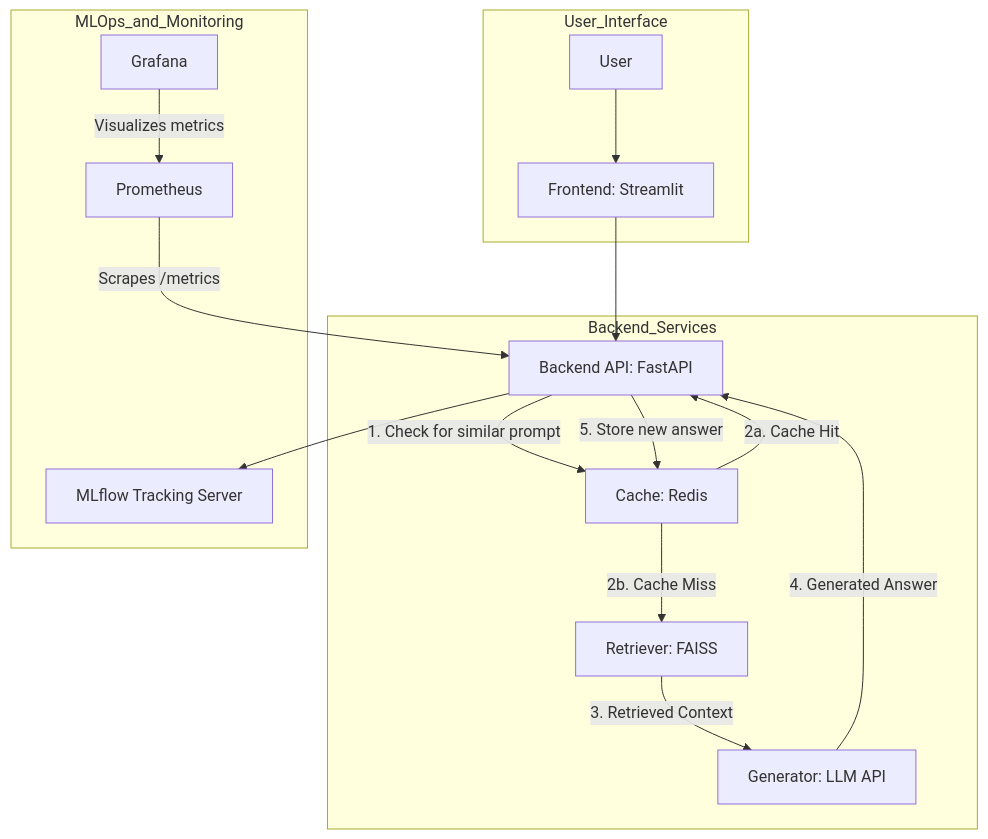
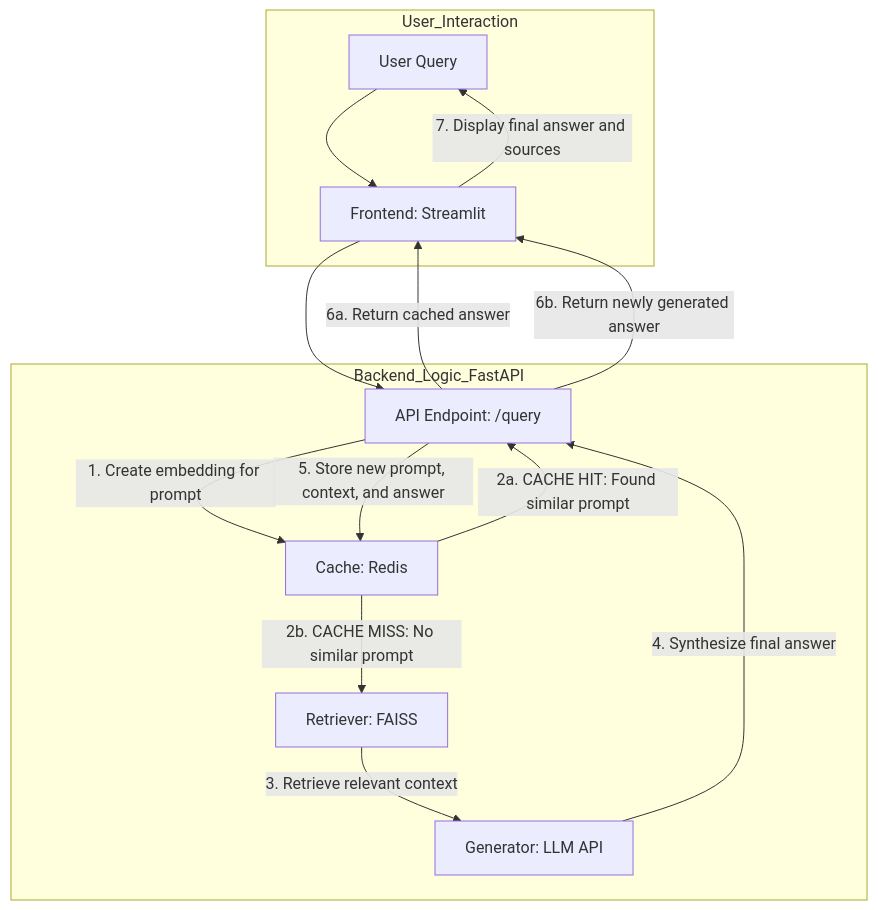
One commit to Raghav-Borikar/PromptCache changed the first of 2 diagrams in README.md. Above: the diagram before and after it, drawn with Mermaid. The commit also changed other lines of this file, not shown here.

````diff
--- a/README.md
+++ b/README.md
@@ -54,22 +60,21 @@
 ```mermaid
 graph TD
-    subgraph User_Interface
-        A[User] --> B[Frontend: Streamlit]
+    subgraph User_Interaction
+        A[User Query] --> B[Frontend: Streamlit]
     end
 
-    subgraph Backend_Services
-        B --> C[Backend API: FastAPI]
-        C -->|1. Check for similar prompt| D[Cache: Redis]
-        D -->|2a. Cache Hit| C
-        D -->|2b. Cache Miss| E[Retriever: FAISS]
-        E -->|3. Retrieved Context| F[Generator: LLM API]
-        F -->|4. Generated Answer| C
-        C -->|5. Store new answer| D
+    subgraph Backend_Logic_FastAPI
+        B --> C[API Endpoint: /query]
+        C -->|1. Create embedding for prompt| D[Cache: Redis]
+        D -->|2a. CACHE HIT: Found similar prompt| C
+        C -->|6a. Return cached answer| B
+
+        D -->|2b. CACHE MISS: No similar prompt| E[Retriever: FAISS]
+        E -->|3. Retrieve relevant context| F[Generator: LLM API]
+        F -->|4. Synthesize final answer| C
+        C -->|5. Store new prompt, context, and answer| D
+        C -->|6b. Return newly generated answer| B
     end
 
-    subgraph MLOps_and_Monitoring
-        C --> G[MLflow Tracking Server]
-        H[Prometheus] -->|Scrapes /metrics| C
-        I[Grafana] -->|Visualizes metrics| H
-    end
+    B -->|7. Display final answer and sources| A
 ```
````
